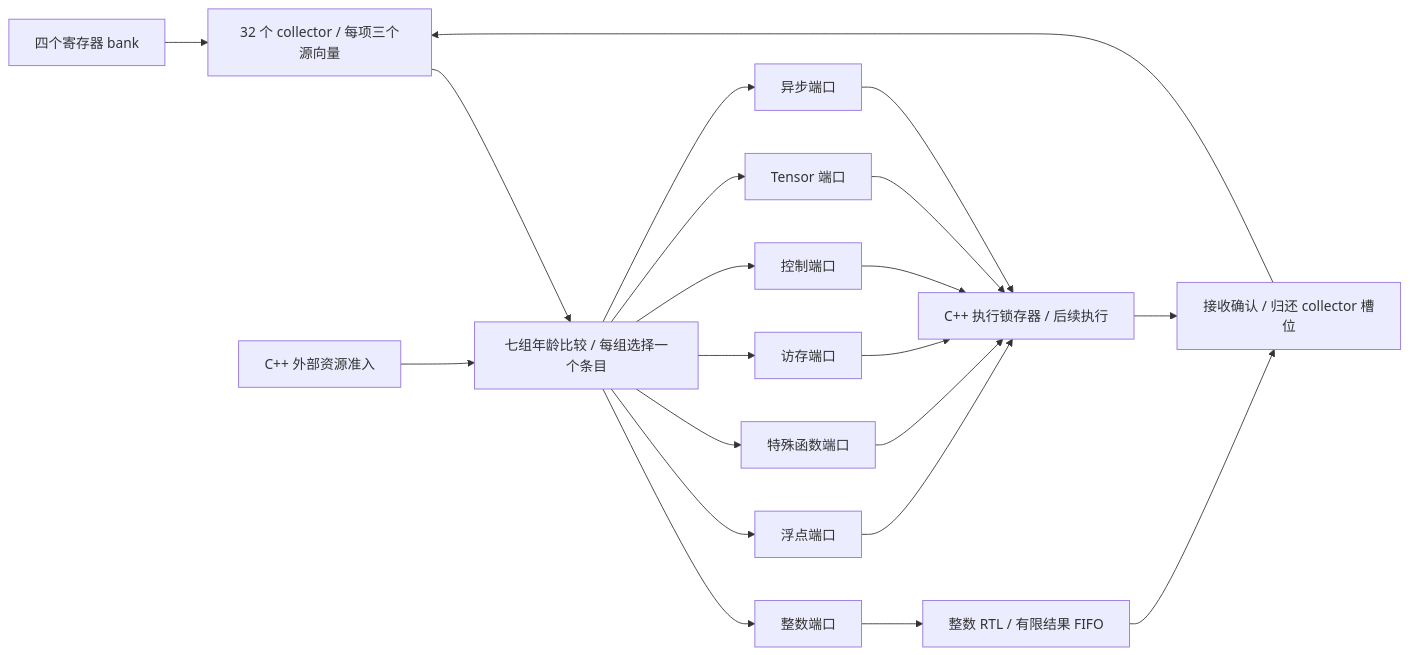
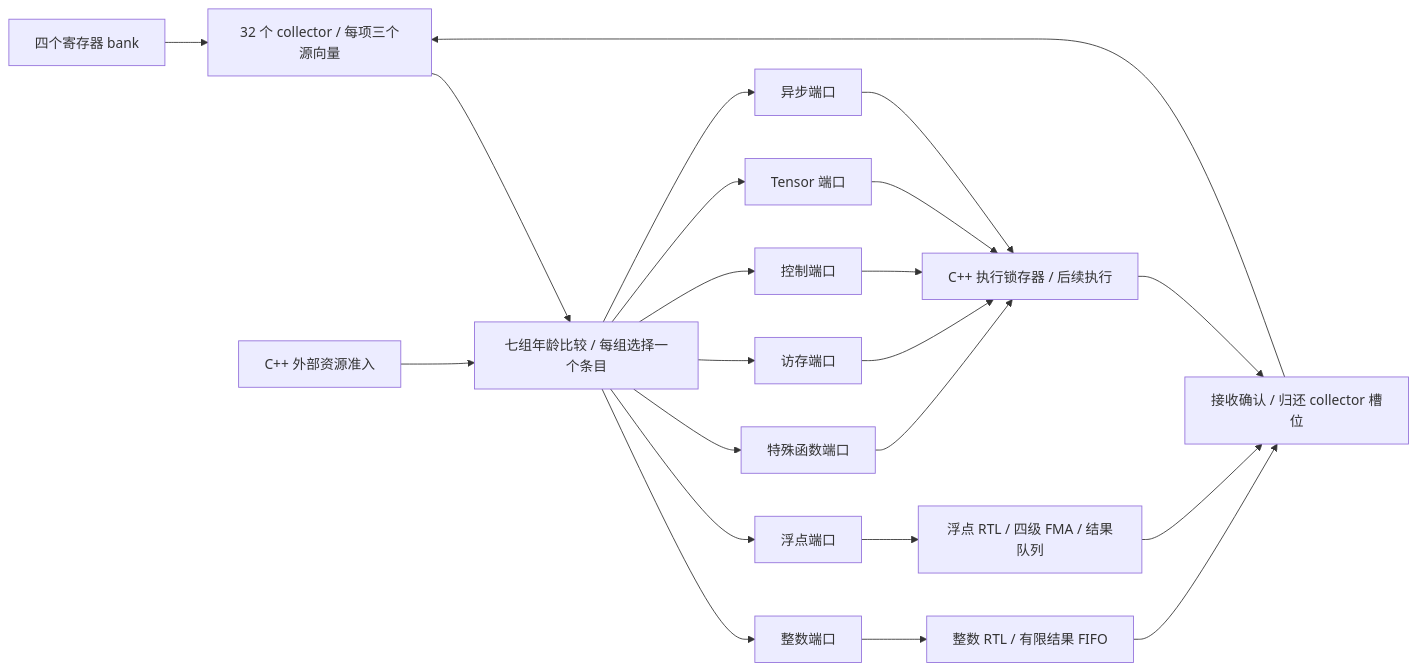
One commit to zdshq/simt-lab changed the diagram in docs/RTL_DISPATCH.md. Above: the diagram before and after it, drawn with Mermaid. The commit also changed other lines of this file and 37 other files, not shown here.

````diff
--- a/docs/RTL_DISPATCH.md
+++ b/docs/RTL_DISPATCH.md
@@ -7,23 +7,24 @@
 ```mermaid
 flowchart LR
     RF[四个寄存器 bank] --> C[32 个 collector / 每项三个源向量]
     C --> A[七组年龄比较 / 每组选择一个条目]
     E[C++ 外部资源准入] --> A
     A --> I[整数端口]
     A --> F[浮点端口]
     A --> S[特殊函数端口]
     A --> M[访存端口]
     A --> B[控制端口]
     A --> T[Tensor 端口]
     A --> D[异步端口]
     I --> J[整数 RTL / 有限结果 FIFO]
-    F --> X[C++ 执行锁存器 / 后续执行]
-    S --> X
+    F --> K[浮点 RTL / 四级 FMA / 结果队列]
+    S --> X[C++ 执行锁存器 / 后续执行]
     M --> X
     B --> X
     T --> X
     D --> X
     X --> R[接收确认 / 归还 collector 槽位]
     J --> R
+    K --> R
     R --> C
 ```
````
